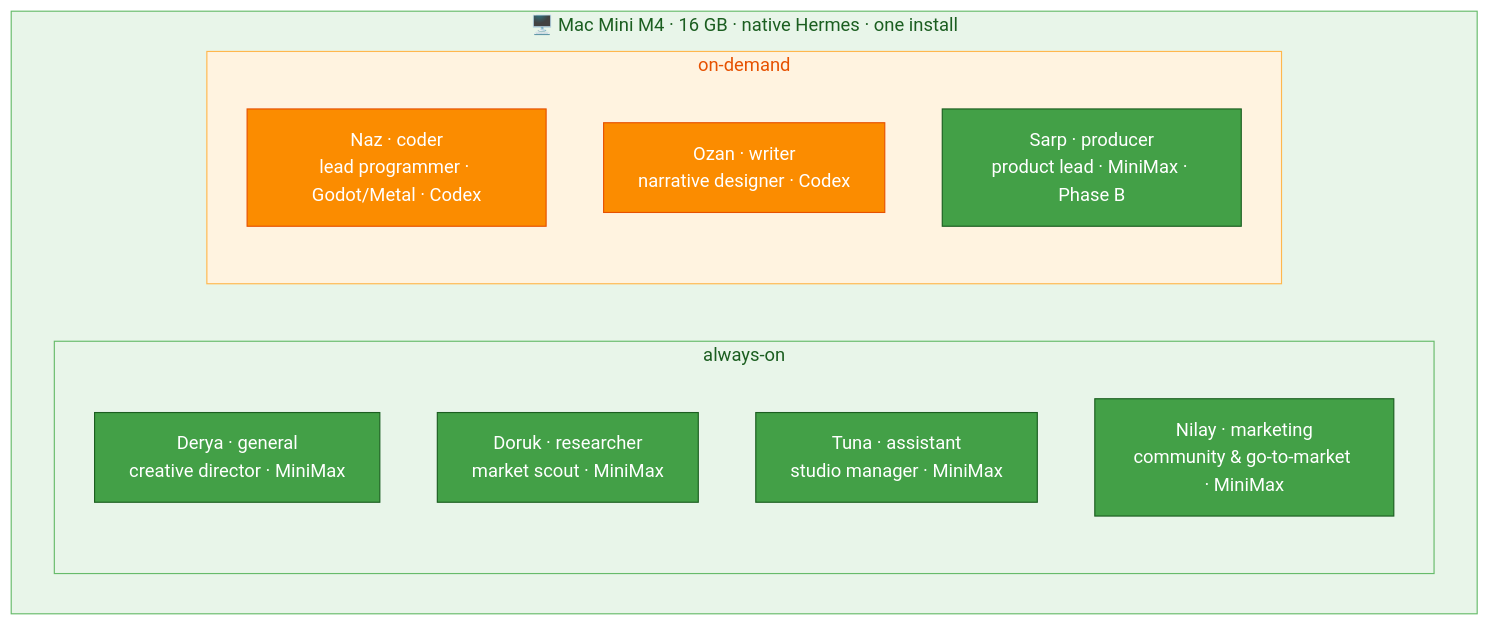
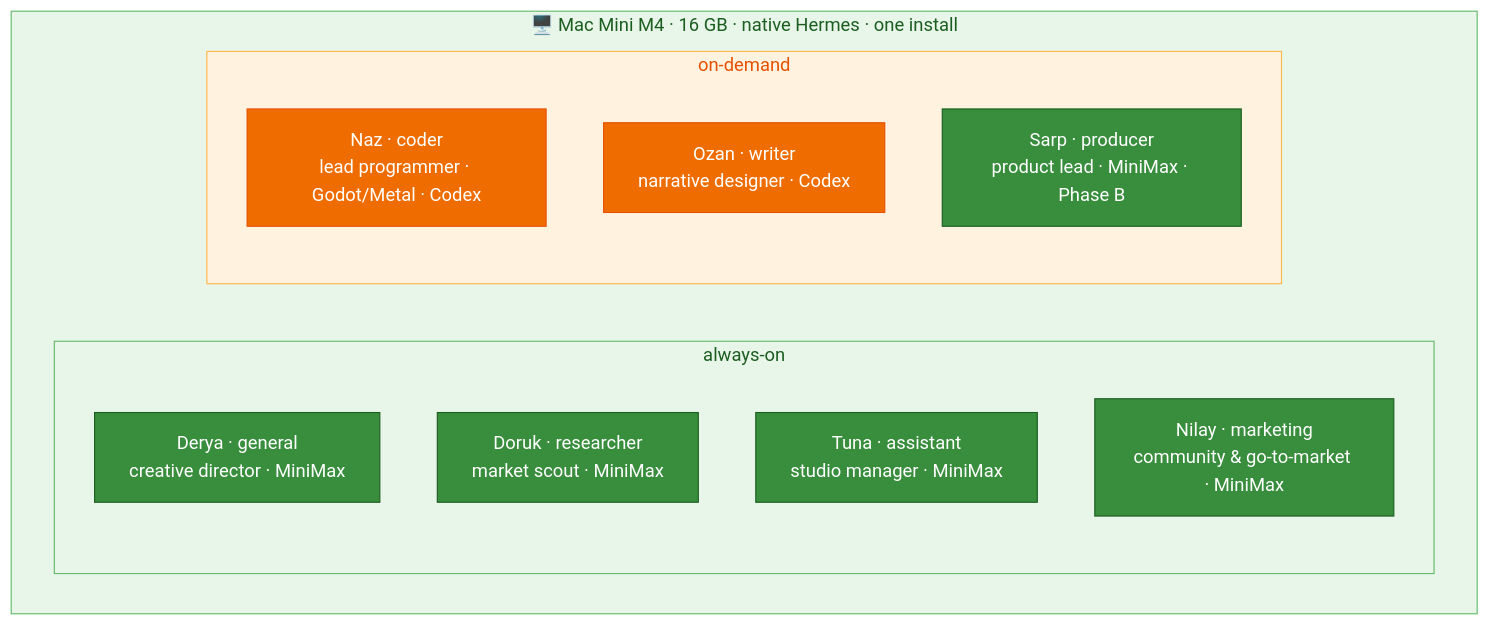
One commit to mpolatcan/hermes-setup changed the diagram in docs/02-agents.md. Above: the diagram before and after it, drawn with Mermaid. The commit also changed 9 other files, not shown here.

First line of the commit message:
docs: unify mermaid palette to Material Design (legible contrast)

````diff
--- a/docs/02-agents.md
+++ b/docs/02-agents.md
@@ -7,21 +7,21 @@
 ```mermaid
 flowchart TB
     subgraph Mini["🖥️ Mac Mini M4 · 16 GB · native Hermes · one install"]
         subgraph always["always-on"]
             general["Derya · general<br/>creative director · MiniMax"]:::mini
             researcher["Doruk · researcher<br/>market scout · MiniMax"]:::mini
             assistant["Tuna · assistant<br/>studio manager · MiniMax"]:::mini
             marketing["Nilay · marketing<br/>community & go-to-market · MiniMax"]:::mini
         end
         subgraph demand["on-demand"]
             coder["Naz · coder<br/>lead programmer · Godot/Metal · Codex"]:::codex
             writer["Ozan · writer<br/>narrative designer · Codex"]:::codex
             producer["Sarp · producer<br/>product lead · MiniMax · Phase B"]:::mini
         end
     end
-    classDef mini fill:#43A047,stroke:#1B5E20,color:#fff
-    classDef codex fill:#FB8C00,stroke:#E65100,color:#fff
+    classDef mini fill:#388E3C,stroke:#1B5E20,color:#fff
+    classDef codex fill:#EF6C00,stroke:#E65100,color:#fff
     style Mini fill:#E8F5E9,stroke:#66BB6A,color:#1B5E20
     style always fill:#E8F5E9,stroke:#66BB6A,color:#1B5E20
     style demand fill:#FFF3E0,stroke:#FFB74D,color:#E65100
 ```
````
